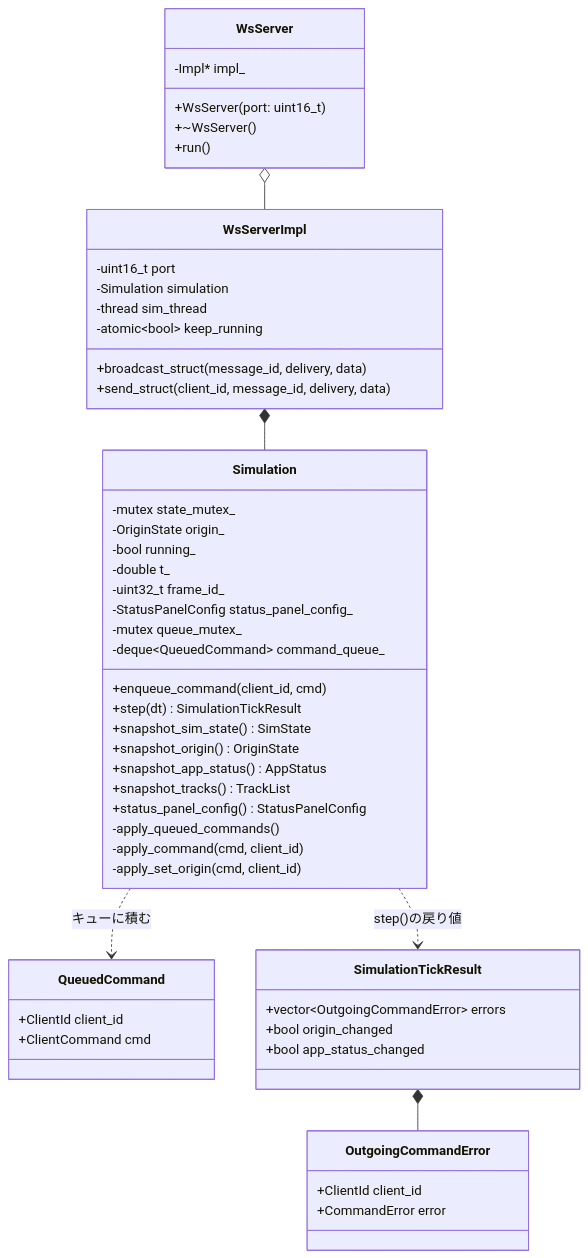
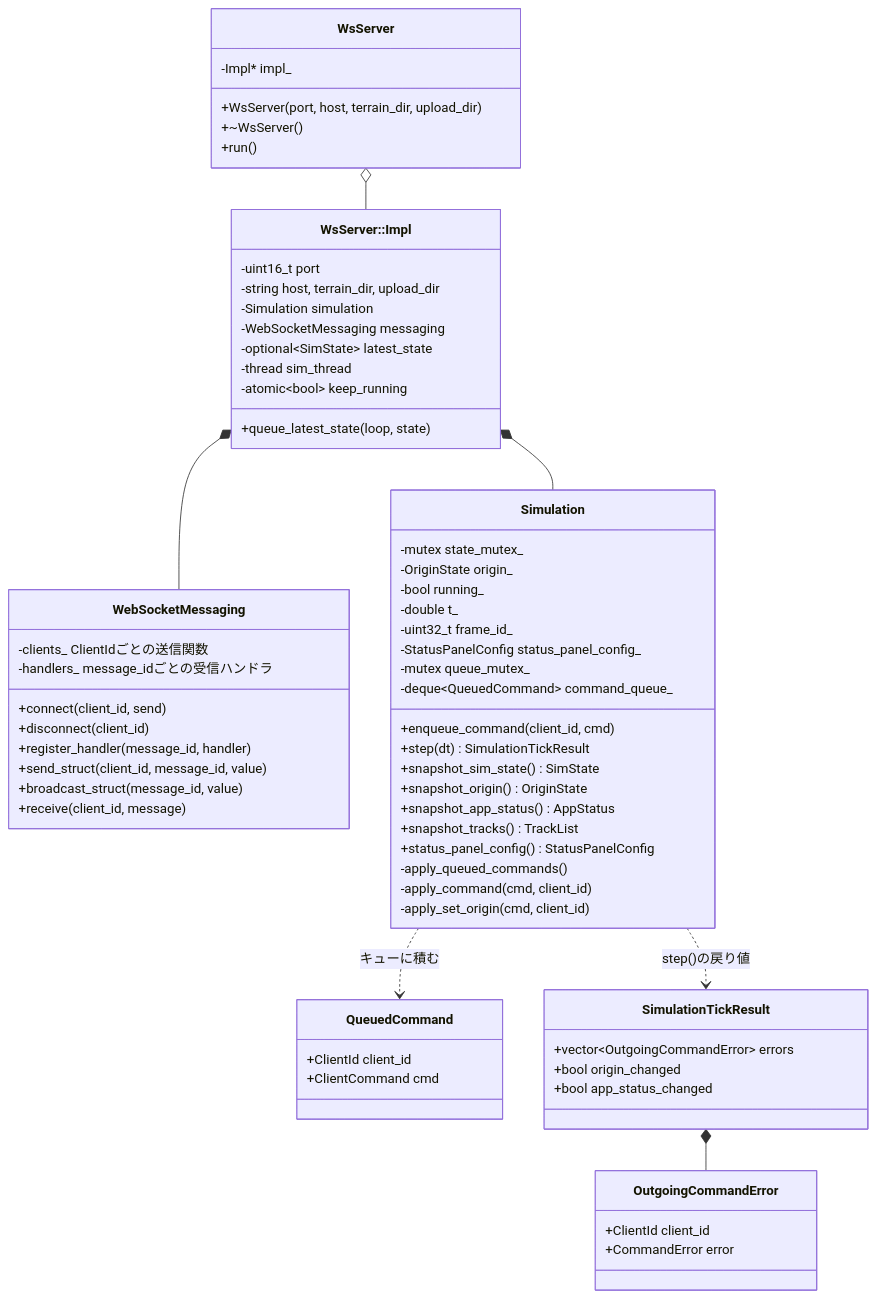
The seventh of 12 diagrams in sample/docs/DETAILED_DESIGN.md (ham1a6/SimulationView), drawn with Mermaid before and after one commit. The commit also changed other lines of this file and 11 other files, not shown here.

````diff
--- a/sample/docs/DETAILED_DESIGN.md
+++ b/sample/docs/DETAILED_DESIGN.md
@@ -362,56 +398,69 @@
 ```mermaid
 classDiagram
     class WsServer {
         -Impl* impl_
-        +WsServer(port: uint16_t)
+        +WsServer(port, host, terrain_dir, upload_dir)
         +~WsServer()
         +run()
     }
-    class WsServerImpl {
+    class WsServerImpl["WsServer::Impl"] {
         -uint16_t port
+        -string host, terrain_dir, upload_dir
         -Simulation simulation
+        -WebSocketMessaging messaging
+        -optional~SimState~ latest_state
         -thread sim_thread
         -atomic~bool~ keep_running
-        +broadcast_struct(message_id, delivery, data)
-        +send_struct(client_id, message_id, delivery, data)
+        +queue_latest_state(loop, state)
+    }
+    class WebSocketMessaging {
+        -clients_ ClientIdごとの送信関数
+        -handlers_ message_idごとの受信ハンドラ
+        +connect(client_id, send)
+        +disconnect(client_id)
+        +register_handler(message_id, handler)
+        +send_struct(client_id, message_id, value)
+        +broadcast_struct(message_id, value)
+        +receive(client_id, message)
     }
     class Simulation {
         -mutex state_mutex_
         -OriginState origin_
         -bool running_
         -double t_
         -uint32_t frame_id_
         -StatusPanelConfig status_panel_config_
         -mutex queue_mutex_
         -deque~QueuedCommand~ command_queue_
         +enqueue_command(client_id, cmd)
         +step(dt) SimulationTickResult
         +snapshot_sim_state() SimState
         +snapshot_origin() OriginState
         +snapshot_app_status() AppStatus
         +snapshot_tracks() TrackList
         +status_panel_config() StatusPanelConfig
         -apply_queued_commands()
         -apply_command(cmd, client_id)
         -apply_set_origin(cmd, client_id)
     }
     class QueuedCommand {
         +ClientId client_id
         +ClientCommand cmd
     }
     class SimulationTickResult {
         +vector~OutgoingCommandError~ errors
         +bool origin_changed
         +bool app_status_changed
     }
     class OutgoingCommandError {
         +ClientId client_id
         +CommandError error
     }
 
     WsServer o-- WsServerImpl
     WsServerImpl *-- Simulation
+    WsServerImpl *-- WebSocketMessaging
     Simulation ..> QueuedCommand : キューに積む
     Simulation ..> SimulationTickResult : step()の戻り値
     SimulationTickResult *-- OutgoingCommandError
 ```
````
